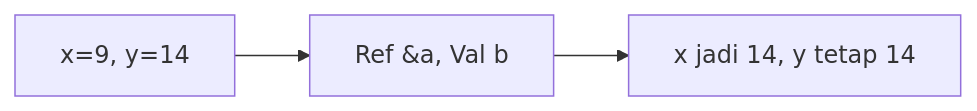
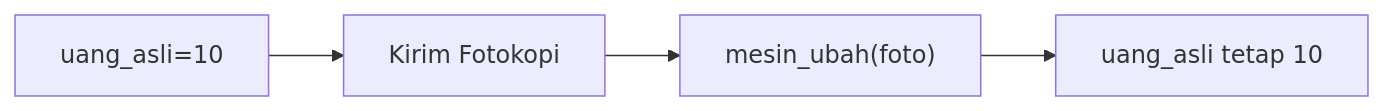
Before and after one commit to amnahwaida/OSNK_INF_PREP: the third of 25 diagrams in part-c-pemahaman-cpp/04-fungsi/latihan/set-08.md, drawn with Mermaid. The commit also changed other lines of this file and 71 other files, not shown here.

````diff
--- a/part-c-pemahaman-cpp/04-fungsi/latihan/set-08.md
+++ b/part-c-pemahaman-cpp/04-fungsi/latihan/set-08.md
@@ -75,5 +77,6 @@
 ```mermaid
 graph LR
-A["x=9, y=14"] --> B["Ref &a, Val b"]
-B --> C["x jadi 14, y tetap 14"]
+A["uang_asli=10"] --> B["Kirim Fotokopi"]
+B --> C["mesin_ubah(foto)"]
+C --> D["uang_asli tetap 10"]
 ```
````
